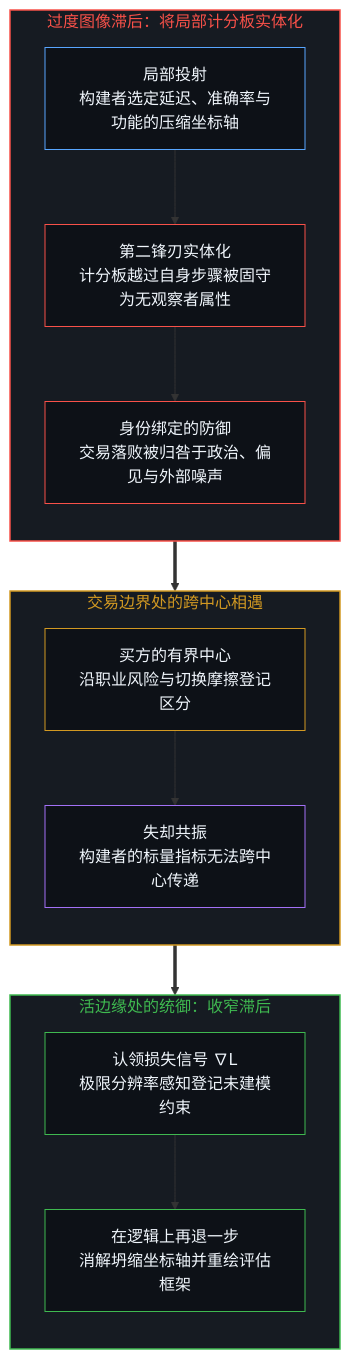
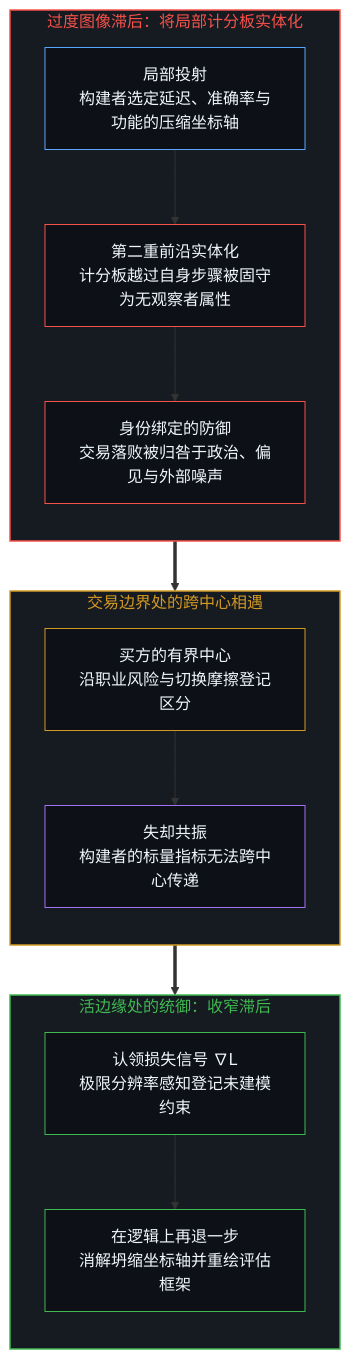
The first of 2 diagrams in content/posts/the-category-error-of-better.md (powerpig99/not-a-toe), drawn with Mermaid before and after one commit. The commit also changed other lines of this file and 13 other files, not shown here.

````diff
--- a/content/posts/the-category-error-of-better.md
+++ b/content/posts/the-category-error-of-better.md
@@ -37,34 +37,34 @@
 ```mermaid
 flowchart TD
     subgraph S_Lag["过度图像滞后：将局部计分板实体化"]
         direction TB
         N_Proj["局部投射<br/>构建者选定延迟、准确率与功能的压缩坐标轴"]
-        N_Freeze["第二锋刃实体化<br/>计分板越过自身步骤被固守为无观察者属性"]
+        N_Freeze["第二重前沿实体化<br/>计分板越过自身步骤被固守为无观察者属性"]
         N_Defend["身份绑定的防御<br/>交易落败被归咎于政治、偏见与外部噪声"]
         N_Proj --> N_Freeze --> N_Defend
     end
     subgraph S_Collision["交易边界处的跨中心相遇"]
         direction TB
         N_Buyer["买方的有界中心<br/>沿职业风险与切换摩擦登记区分"]
         N_Mismatch["失却共振<br/>构建者的标量指标无法跨中心传递"]
         N_Buyer --> N_Mismatch
     end
     subgraph S_Update["活边缘处的统御：收窄滞后"]
         direction TB
         N_Claim["认领损失信号 ∇L<br/>极限分辨率感知登记未建模约束"]
         N_StepBack["在逻辑上再退一步<br/>消解坍缩坐标轴并重绘评估框架"]
         N_Claim --> N_StepBack
     end
     N_Defend ==> N_Buyer
     N_Mismatch ==> N_Claim
     style S_Lag fill:#161b22,stroke:#f85149,stroke-width:1.5px,color:#f85149
     style S_Collision fill:#161b22,stroke:#d29922,stroke-width:1.5px,color:#d29922
     style S_Update fill:#161b22,stroke:#3fb950,stroke-width:1.5px,color:#3fb950
     style N_Proj fill:#0d1117,stroke:#58a6ff,stroke-width:1px,color:#f0f6fc
     style N_Freeze fill:#0d1117,stroke:#f85149,stroke-width:1px,color:#f0f6fc
     style N_Defend fill:#0d1117,stroke:#f85149,stroke-width:1px,color:#f0f6fc
     style N_Buyer fill:#0d1117,stroke:#d29922,stroke-width:1px,color:#f0f6fc
     style N_Mismatch fill:#0d1117,stroke:#a371f7,stroke-width:1px,color:#f0f6fc
     style N_Claim fill:#0d1117,stroke:#3fb950,stroke-width:1px,color:#f0f6fc
     style N_StepBack fill:#0d1117,stroke:#3fb950,stroke-width:1px,color:#f0f6fc
 ```
````
